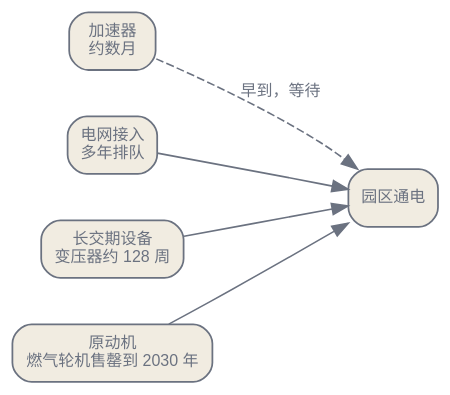
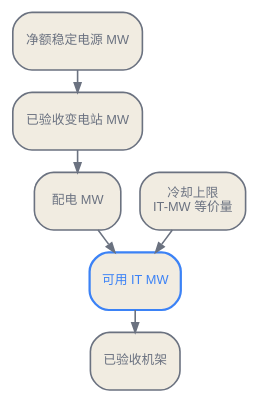
The second of 4 diagrams in zh/infrastructure/07-powering-it.qmd (latere-ai/ai-as-an-infrastructure), drawn with Graphviz before and after one commit. The commit also changed other lines of this file and 3 other files, not shown here.

````diff
--- a/zh/infrastructure/07-powering-it.qmd
+++ b/zh/infrastructure/07-powering-it.qmd
@@ -15,21 +125,18 @@
 ```{dot}
-//| label: fig-powering-queues
-//| fig-cap: "把通电时间看作三道串联的排队。一座前沿园区只有在最慢的那道清空时才通电，所以瓶颈约束是日历时间，而非发电容量。相比之下，芯片以月计就能出货。"
+//| label: fig-powering-ledger
+//| fig-cap: "可用 IT 电力受交付链上的每一道环节和冷却能力限制。所有数值都要采用相同的运行区间、事故情景与验收边界。"
 digraph {
-  bgcolor="transparent";
-  rankdir=LR;
-  nodesep=0.4; ranksep=0.5;
-  node [shape=box, style="rounded,filled", fontname="Helvetica", fontsize=10, color="#6b7280", fontcolor="#6b7280", fillcolor="#f1ece1", penwidth=1.1];
-  edge [fontsize=10, fontname="Helvetica", color="#6b7280", fontcolor="#6b7280"];
-
-  chip [label="加速器\n约数月"];
-  q1 [label="电网接入\n多年排队"];
-  q2 [label="长交期设备\n变压器约 128 周"];
-  q3 [label="原动机\n燃气轮机售罄到 2030 年"];
-  live [label="园区通电"];
-  chip -> live [style=dashed, label="早到，等待"];
-  q1 -> live;
-  q2 -> live;
-  q3 -> live;
+  bgcolor="transparent"; rankdir=TB;
+  nodesep=0.16; ranksep=0.20;
+  node [shape=box, style="rounded,filled", fontname="Helvetica", fontsize=8, margin="0.10,0.06", color="#6b7280", fontcolor="#6b7280", fillcolor="#f1ece1"];
+  edge [color="#6b7280", arrowsize=0.6];
+  source [label="净额稳定电源 MW"];
+  sub [label="已验收变电站 MW"];
+  dist [label="配电 MW"];
+  it [label="可用 IT MW", color="#3b82f6", fontcolor="#3b82f6", penwidth=1.4];
+  rack [label="已验收机架"];
+  cool [label="冷却上限\nIT-MW 等价量"];
+  source -> sub -> dist -> it -> rack;
+  cool -> it;
 }
 ```
````
